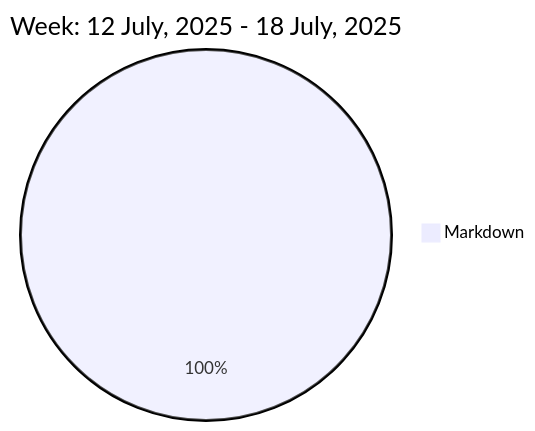
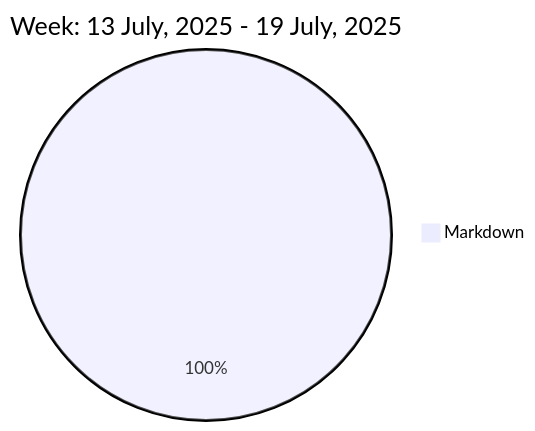
One commit to liubin95/liubin95 changed the diagram in README.md. Above: the diagram before and after it, drawn with Mermaid.

Commit message:
Updated the Graph with new Metrics

````diff
--- a/README.md
+++ b/README.md
@@ -37,5 +37,5 @@
 ```mermaid
  pie
-title Week: 12 July, 2025 - 18 July, 2025
+title Week: 13 July, 2025 - 19 July, 2025
  "Markdown" : 2.15
 ```
````
